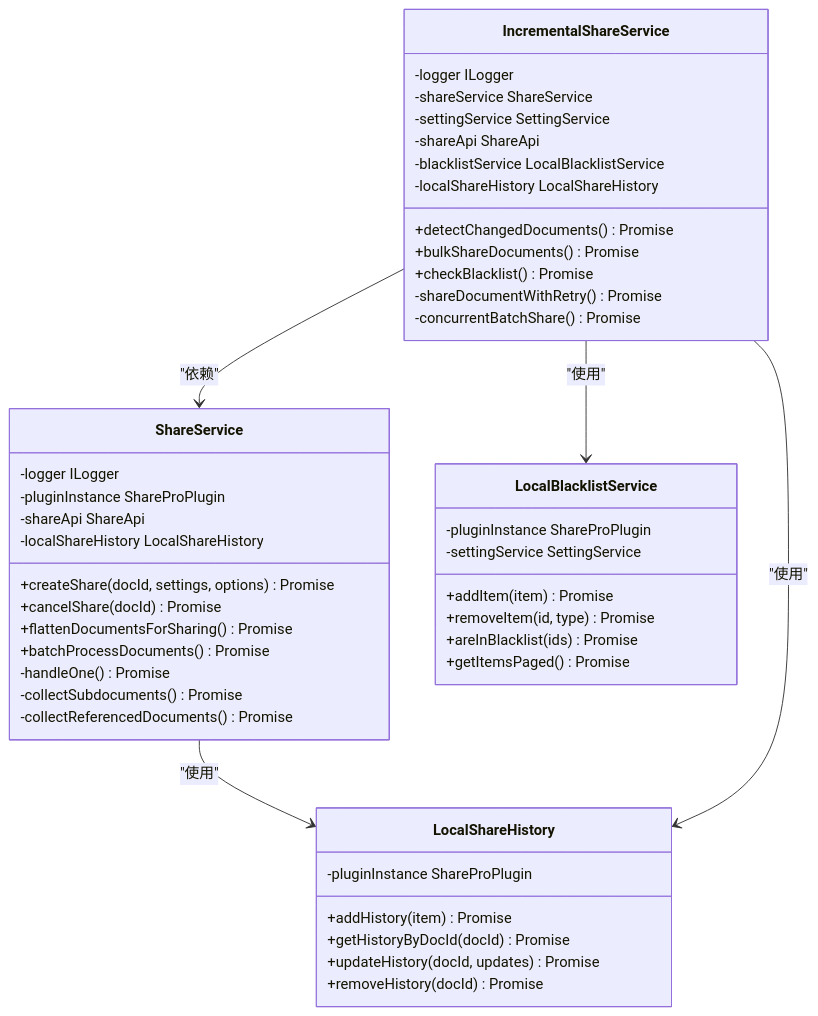
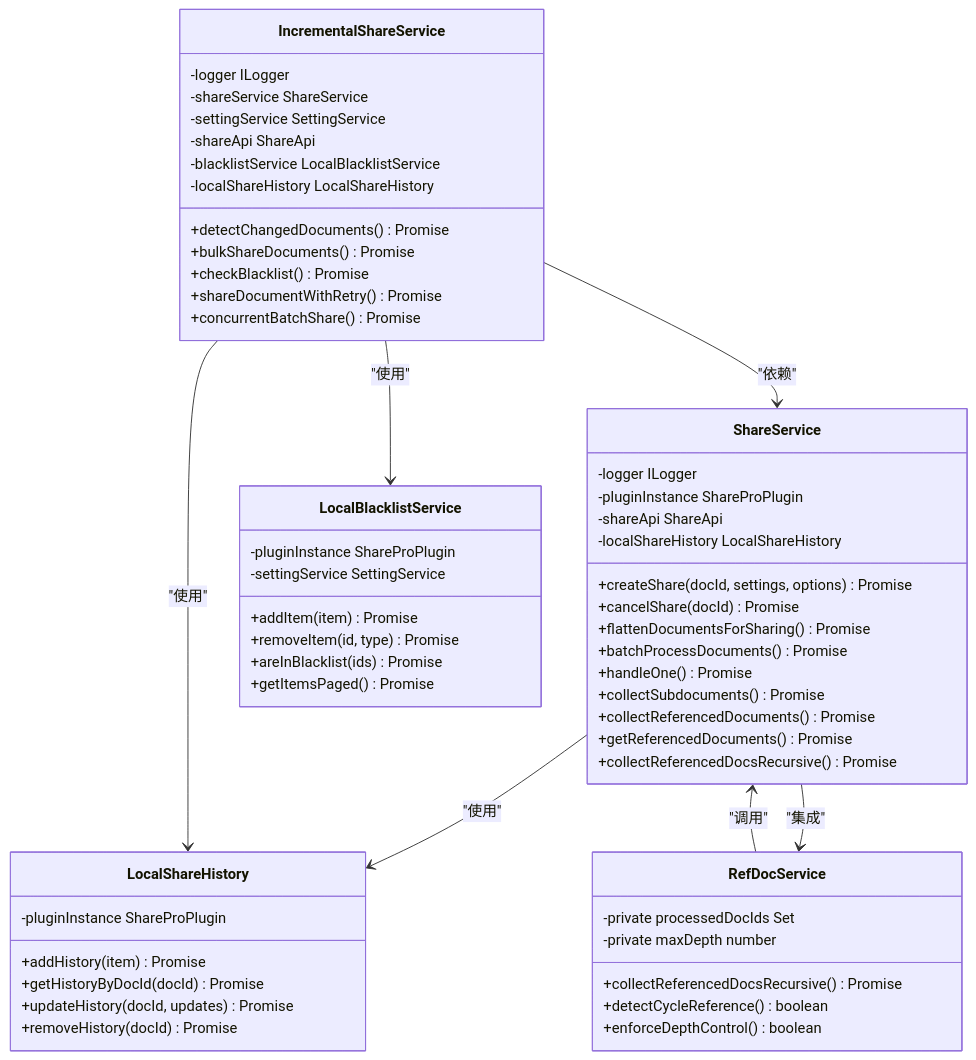
One commit to terwerinc/siyuan-plugin-share-pro changed the third of 11 diagrams in .qoder/repowiki/zh/content/引用文档分享规范.md. Above: the diagram before and after it, drawn with Mermaid. The commit also changed other lines of this file and 8 other files, not shown here.

````diff
--- a/.qoder/repowiki/zh/content/引用文档分享规范.md
+++ b/.qoder/repowiki/zh/content/引用文档分享规范.md
@@ -165,48 +195,59 @@
 ```mermaid
 classDiagram
 class ShareService {
 -logger ILogger
 -pluginInstance ShareProPlugin
 -shareApi ShareApi
 -localShareHistory LocalShareHistory
 +createShare(docId, settings, options) Promise
 +cancelShare(docId) Promise
 +flattenDocumentsForSharing() Promise
 +batchProcessDocuments() Promise
--handleOne() Promise
--collectSubdocuments() Promise
--collectReferencedDocuments() Promise
++handleOne() Promise
++collectSubdocuments() Promise
++collectReferencedDocuments() Promise
++getReferencedDocuments() Promise
++collectReferencedDocsRecursive() Promise
 }
 class IncrementalShareService {
 -logger ILogger
 -shareService ShareService
 -settingService SettingService
 -shareApi ShareApi
 -blacklistService LocalBlacklistService
 -localShareHistory LocalShareHistory
 +detectChangedDocuments() Promise
 +bulkShareDocuments() Promise
 +checkBlacklist() Promise
--shareDocumentWithRetry() Promise
--concurrentBatchShare() Promise
++shareDocumentWithRetry() Promise
++concurrentBatchShare() Promise
 }
 class LocalBlacklistService {
 -pluginInstance ShareProPlugin
 -settingService SettingService
 +addItem(item) Promise
 +removeItem(id, type) Promise
 +areInBlacklist(ids) Promise
 +getItemsPaged() Promise
 }
 class LocalShareHistory {
 -pluginInstance ShareProPlugin
 +addHistory(item) Promise
 +getHistoryByDocId(docId) Promise
 +updateHistory(docId, updates) Promise
 +removeHistory(docId) Promise
 }
+class RefDocService {
+-private processedDocIds Set
+-private maxDepth number
++collectReferencedDocsRecursive() Promise
++detectCycleReference() boolean
++enforceDepthControl() boolean
+}
 ShareService --> LocalShareHistory : "使用"
+ShareService --> RefDocService : "集成"
 IncrementalShareService --> ShareService : "依赖"
 IncrementalShareService --> LocalBlacklistService : "使用"
 IncrementalShareService --> LocalShareHistory : "使用"
+RefDocService --> ShareService : "调用"
 ```
````
